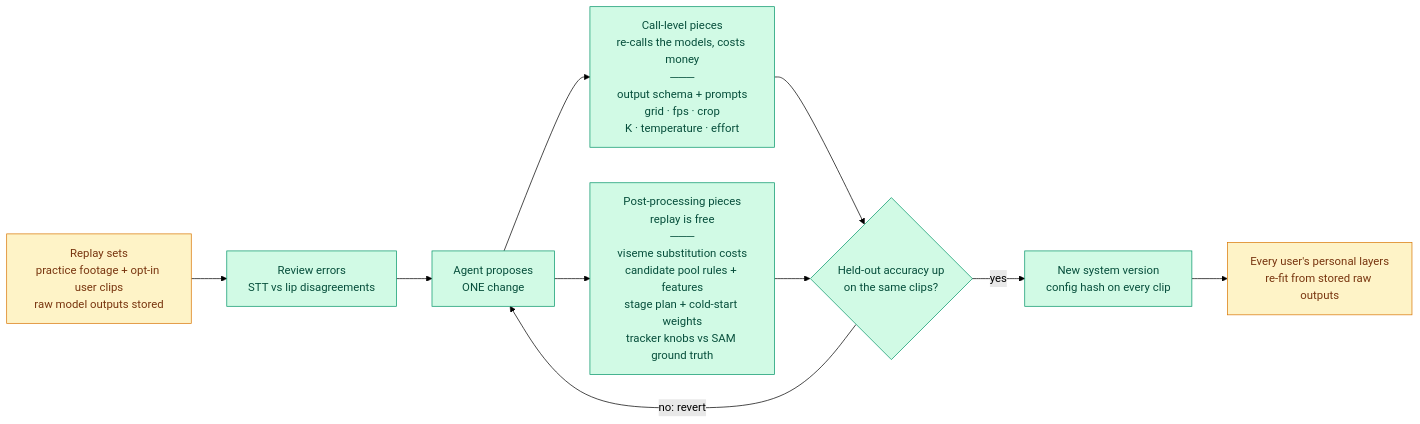
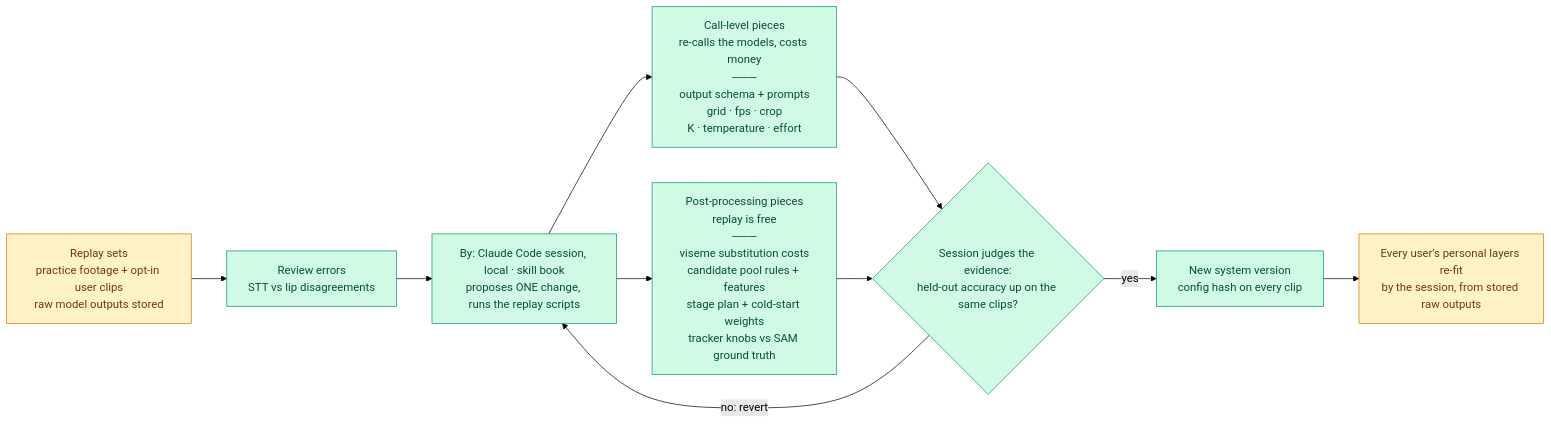
The fourth of 7 diagrams in docs/pipeline.md (Darijan-Ducic/badge-machine), drawn with Mermaid (forest theme) before and after one commit. The commit also changed other lines of this file and 2 other files, not shown here.

First line of the commit message:
docs: mark a local Claude Code session as the owner of every iteration

````diff
--- a/docs/pipeline.md
+++ b/docs/pipeline.md
@@ -112,23 +117,23 @@
 ```mermaid
 flowchart LR
   SETS["Replay sets<br/>practice footage + opt-in user clips<br/>raw model outputs stored"]
   ERR["Review errors<br/>STT vs lip disagreements"]
-  AGENT["Agent proposes<br/>ONE change"]
+  AGENT["By: Claude Code session, local · skill book<br/>proposes ONE change, runs the replay scripts"]
   PAID["Call-level pieces<br/>re-calls the models, costs money<br/>───<br/>output schema + prompts<br/>grid · fps · crop<br/>K · temperature · effort"]
   FREE["Post-processing pieces<br/>replay is free<br/>───<br/>viseme substitution costs<br/>candidate pool rules + features<br/>stage plan + cold-start weights<br/>tracker knobs vs SAM ground truth"]
-  GATE{"Held-out accuracy up<br/>on the same clips?"}
+  GATE{"Session judges the evidence:<br/>held-out accuracy up on the same clips?"}
   VER["New system version<br/>config hash on every clip"]
-  REFIT["Every user's personal layers<br/>re-fit from stored raw outputs"]
+  REFIT["Every user's personal layers re-fit<br/>by the session, from stored raw outputs"]
 
   SETS --> ERR --> AGENT
   AGENT --> PAID & FREE
   PAID & FREE --> GATE
   GATE -- yes --> VER --> REFIT
   GATE -- "no: revert" --> AGENT
 
   classDef built fill:#d1fae5,stroke:#059669,color:#064e3b
   classDef building fill:#fef3c7,stroke:#d97706,color:#78350f
   classDef planned fill:#f3f4f6,stroke:#9ca3af,color:#374151,stroke-dasharray:4 3
   class PAID,FREE,GATE,ERR,AGENT,VER built
   class SETS,REFIT building
 ```
````
